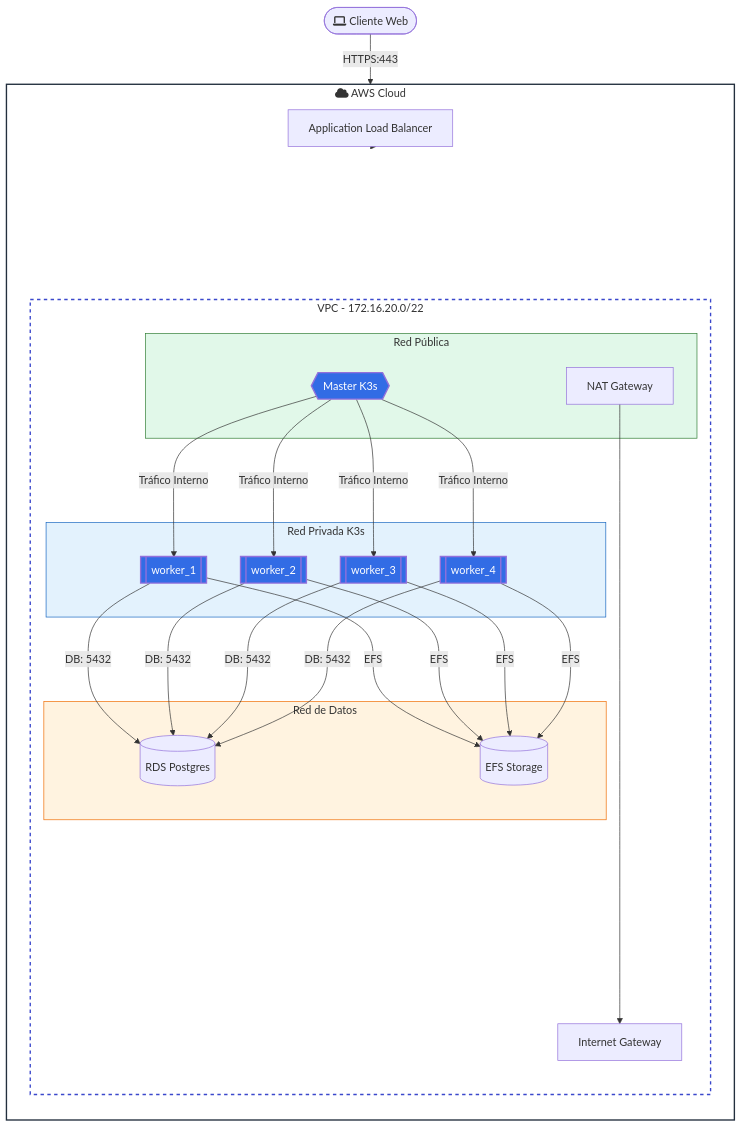
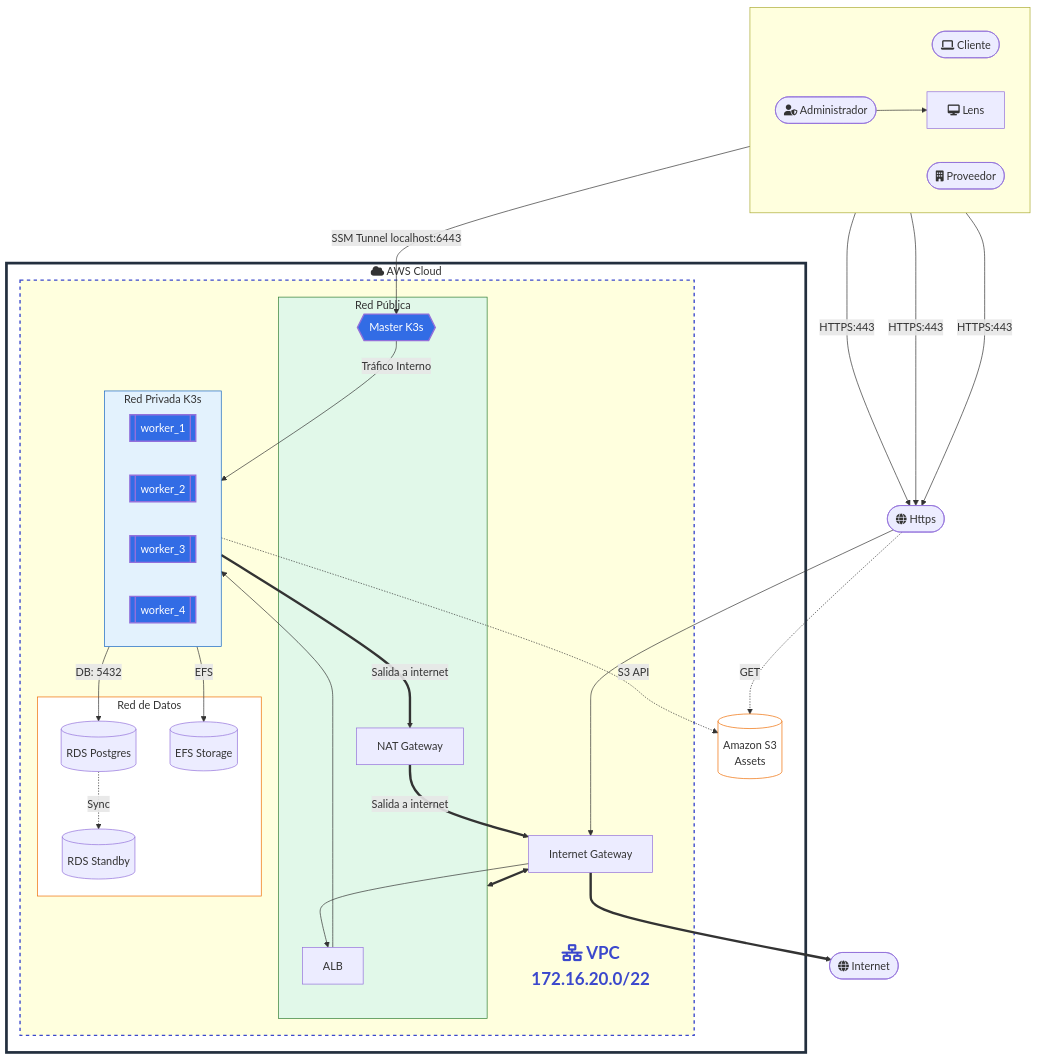
One commit to jquinterov-ITM/Proyecto-D-Una---InfraEstructura-con-Terraform changed the diagram in Docs/infraestructura 4.md. Above: the diagram before and after it, drawn with Mermaid. The commit also changed other lines of this file and 5 other files, not shown here.

````diff
--- a/Docs/infraestructura 4.md
+++ b/Docs/infraestructura 4.md
@@ -200,50 +122,75 @@
 ```mermaid
 flowchart TB
-    classDef cloud fill:#fff,stroke:#232F3E,stroke-width:2px;
-    classDef vpc fill:#fff,stroke:#3B48CC,stroke-width:2px,stroke-dasharray: 5 5;
+    classDef cloud fill:#fff,stroke:#232F3E,stroke-width:4px;
+    classDef vpc stroke:#3B48CC,stroke-width:2px,stroke-dasharray: 5 5;
     classDef pub fill:#e1f8e9,stroke:#2e7d32,stroke-width:1px;
     classDef priv fill:#e3f2fd,stroke:#1565c0,stroke-width:1px;
-    classDef db fill:#fff3e0,stroke:#ef6c00,stroke-width:1px;
+    classDef db fill:#fff,stroke:#ef6c00,stroke-width:1px;
     classDef k3s fill:#326ce5,color:#fff,stroke-width:2px;
+    classDef invisibleVPC fill:none,stroke:none,color:#3B48CC,font-weight:bold,font-size:25px;
 
-    Cliente([fa:fa-laptop Cliente Web]) -- "HTTPS:443" --> ALB
 
+    %% Usuarios 
+    subgraph Usuarios [ ]
+        direction LR
+        Cliente([fa:fa-laptop Cliente])
+        Proveedor([fa:fa-building Proveedor])
+        Administrador([fa:fa-user-shield Administrador])
+        Lens[fa:fa-desktop Lens]
+    end
+    
+    Administrador & Cliente & Proveedor -- "HTTPS:443" ---> HTTPS([fa:fa-globe Https])
+    
     subgraph AWS ["fa:fa-cloud AWS Cloud"]
-        direction TB
-        ALB[Application Load Balancer]
-        subgraph VPC [VPC - 172.16.20.0/22]
-            direction TB
+        
+        S3[(Amazon S3<br/>Assets)]
+        
+        subgraph VPC [" "]
+            L2[fa:fa-network-wired VPC <br/> 172.16.20.0/22]:::invisibleVPC
+            
             subgraph PUB1 [Red Pública]
+                ALB[ALB]
                 NAT1[NAT Gateway]
                 M1{{Master K3s}}
             end
             subgraph PRIV1 [Red Privada K3s]
                 W1[[worker_1]]
                 W2[[worker_2]]
                 W3[[worker_3]]
                 W4[[worker_4]]
             end
             subgraph DB_SUB1 [Red de Datos]
                 RDS[(RDS Postgres)]
+                RDS_S[(RDS Standby)]
                 EFS[(EFS Storage)]
             end
             IGW[Internet Gateway]
         end
     end
+    Internet([fa:fa-globe Internet])
 
-    ALB ====> PUB1
-    NAT1 ------> IGW
-    M1 -- "Tráfico Interno" --> W1 & W2 & W3 & W4
-    W1 -- "DB: 5432" --> RDS
-    W2 -- "DB: 5432" --> RDS
-    W3 -- "DB: 5432" --> RDS
-    W4 -- "DB: 5432" --> RDS
-    W1 -- "EFS" --> EFS
-    W2 -- "EFS" --> EFS
-    W3 -- "EFS" --> EFS
-    W4 -- "EFS" --> EFS
+    %% Administracion segura
+    Administrador --> Lens -- "SSM Tunnel localhost:6443" --> M1
+    M1 -- "Tráfico Interno" --> PRIV1
 
-    class AWS cloud; class VPC vpc;
-    class PUB1 pub; class PRIV1 priv; class DB_SUB1 db;
-    class M1,W1,W2,W3,W4 k3s;
+    %% Conexiones de aplicacion
+    HTTPS --> IGW
+    IGW --> ALB
+    ALB --> PRIV1
+    PRIV1 -- "DB: 5432" --> RDS
+    RDS -. "Sync" .-> RDS_S
+    PRIV1 -- "EFS" --> EFS
+   
+    %% S3 Assets (GAP-INFRA-002)
+    PRIV1 -. "S3 API" .-> S3
+    HTTPS -. "GET" .-> S3
+
+    %% Salida a Internet restringida por NAT
+    PRIV1 ==Salida a internet==> NAT1 ==Salida a internet==> IGW ==> Internet
+
+    %% Salida de la red publica
+    PUB1 <==> IGW
+
+    class AWS cloud; class VPC vpc; class PUB1 pub;
+    class PRIV1 priv; class DB_SUB1,S3 db; class M1,W1,W2,W3,W4 k3s;
 ```
````
